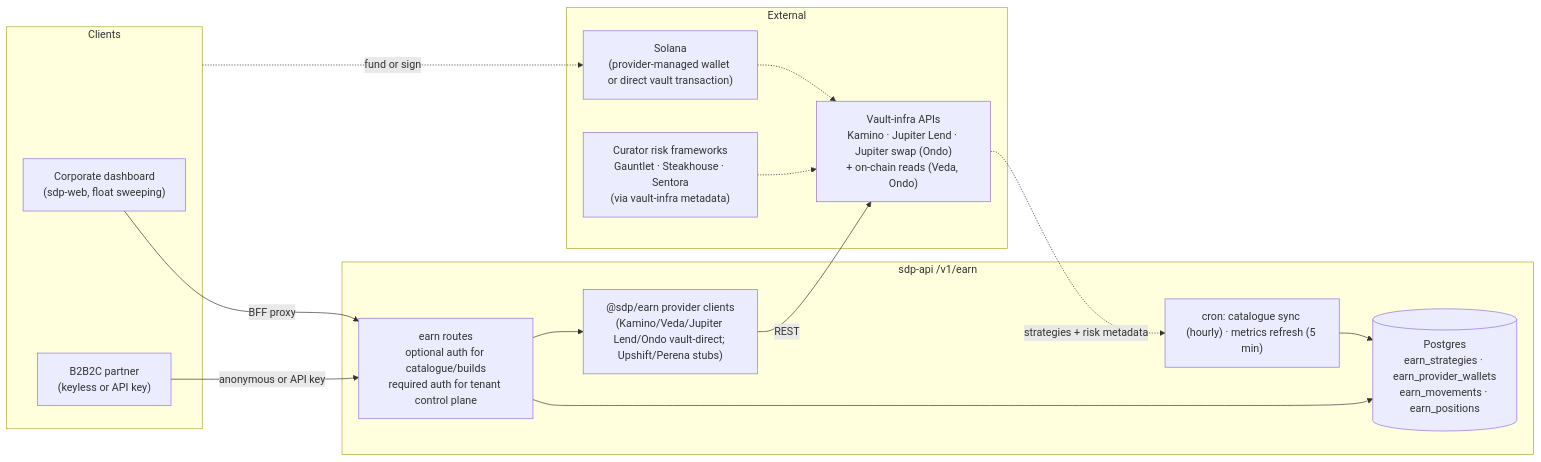
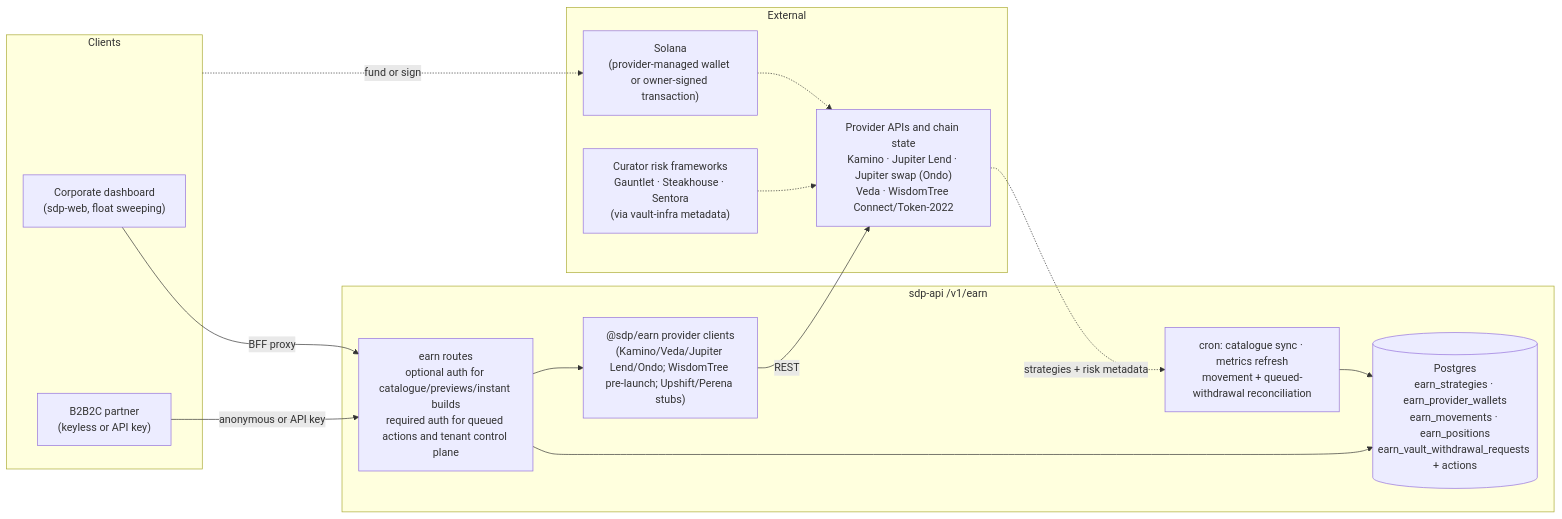
One commit to solana-foundation/solana-developer-platform changed the diagram in docs/architecture/earn-v1-data-flow.md. Above: the diagram before and after it, drawn with Mermaid. The commit also changed other lines of this file and 29 other files, not shown here.

````diff
--- a/docs/architecture/earn-v1-data-flow.md
+++ b/docs/architecture/earn-v1-data-flow.md
@@ -15,31 +15,31 @@
 ```mermaid
 flowchart LR
     subgraph Clients
         DASH["Corporate dashboard<br/>(sdp-web, float sweeping)"]
         PARTNER["B2B2C partner<br/>(keyless or API key)"]
     end
 
     subgraph SDP["sdp-api  /v1/earn"]
-        ROUTES["earn routes<br/>optional auth for catalogue/builds<br/>required auth for tenant control plane"]
-        SVC["@sdp/earn provider clients<br/>(Kamino/Veda/Jupiter Lend/Ondo vault-direct; Upshift/Perena stubs)"]
-        DB[("Postgres<br/>earn_strategies · earn_provider_wallets<br/>earn_movements · earn_positions")]
-        CRON["cron: catalogue sync (hourly) · metrics refresh (5 min)"]
+        ROUTES["earn routes<br/>optional auth for catalogue/previews/instant builds<br/>required auth for queued actions and tenant control plane"]
+        SVC["@sdp/earn provider clients<br/>(Kamino/Veda/Jupiter Lend/Ondo; WisdomTree pre-launch; Upshift/Perena stubs)"]
+        DB[("Postgres<br/>earn_strategies · earn_provider_wallets<br/>earn_movements · earn_positions<br/>earn_vault_withdrawal_requests + actions")]
+        CRON["cron: catalogue sync · metrics refresh<br/>movement + queued-withdrawal reconciliation"]
     end
 
     subgraph External
-        VAULT["Vault-infra APIs<br/>Kamino · Jupiter Lend · Jupiter swap (Ondo)<br/>+ on-chain reads (Veda, Ondo)"]
-        CHAIN["Solana<br/>(provider-managed wallet or direct vault transaction)"]
+        VAULT["Provider APIs and chain state<br/>Kamino · Jupiter Lend · Jupiter swap (Ondo)<br/>Veda · WisdomTree Connect/Token-2022"]
+        CHAIN["Solana<br/>(provider-managed wallet or owner-signed transaction)"]
         CURATOR["Curator risk frameworks<br/>Gauntlet · Steakhouse · Sentora<br/>(via vault-infra metadata)"]
     end
 
     DASH -->|BFF proxy| ROUTES
     PARTNER -->|anonymous or API key| ROUTES
     ROUTES --> DB
     ROUTES --> SVC
     SVC -->|REST| VAULT
     VAULT -.->|strategies + risk metadata| CRON
     CURATOR -.-> VAULT
     CRON --> DB
     Clients -.->|fund or sign| CHAIN
     CHAIN -.-> VAULT
 ```
````
